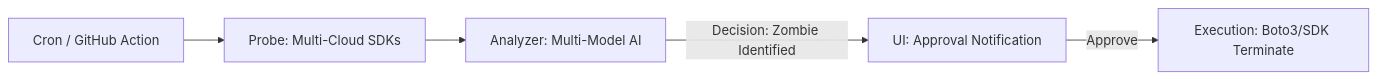
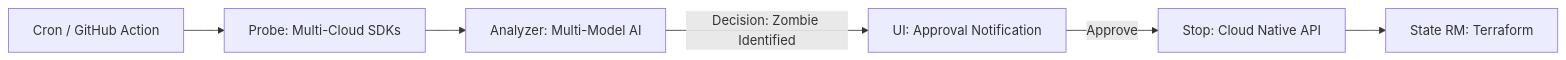
One commit to daretechie/cloudcull changed the diagram in README.md. Above: the diagram before and after it, drawn with Mermaid. The commit also changed other lines of this file and 77 other files, not shown here.

````diff
--- a/README.md
+++ b/README.md
@@ -34,7 +34,8 @@
 ```mermaid
 graph LR
     Trigger["Cron / GitHub Action"] --> Probe["Probe: Multi-Cloud SDKs"]
     Probe --> Analyzer["Analyzer: Multi-Model AI"]
     Analyzer -- "Decision: Zombie Identified" --> UI["UI: Approval Notification"]
-    UI -- "Approve" --> Execute["Execution: Boto3/SDK Terminate"]
+    UI -- "Approve" --> Stop["Stop: Cloud Native API"]
+    Stop --> StateRM["State RM: Terraform"]
 ```
````
